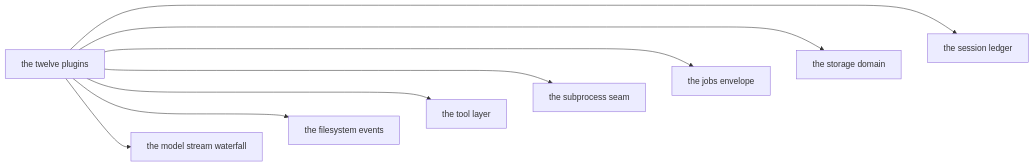
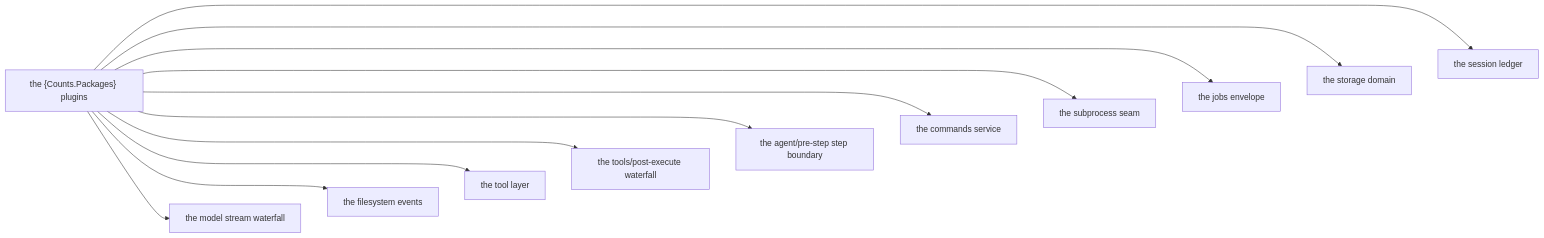
The diagram in Source/Content/Mermaid/plugins-seams.mmd (PlayForm/Site-DeepSeek), drawn with Mermaid before and after one commit. The commit also changed 360 other files, not shown here.

First line of the commit message:
chore(site): regenerate Mermaid suite for Mermaid 12 tspan classes

```diff
--- a/Source/Content/Mermaid/plugins-seams.mmd
+++ b/Source/Content/Mermaid/plugins-seams.mmd
@@ -1,23 +1,32 @@
 flowchart LR
-	PLUGINS["the twelve plugins"]
+	PLUGINS["the {Counts.Packages} plugins"]
 	SEAM1["the model stream waterfall"]
 	SEAM2["the filesystem events"]
 	SEAM3["the tool layer"]
-	SEAM4["the subprocess seam"]
-	SEAM5["the jobs envelope"]
-	SEAM6["the storage domain"]
-	SEAM7["the session ledger"]
+	SEAM4["the tools/post-execute waterfall"]
+	SEAM5["the agent/pre-step step boundary"]
+	SEAM6["the commands service"]
+	SEAM7["the subprocess seam"]
+	SEAM8["the jobs envelope"]
+	SEAM9["the storage domain"]
+	SEAM10["the session ledger"]
 	PLUGINS --> SEAM1
 	PLUGINS --> SEAM2
 	PLUGINS --> SEAM3
 	PLUGINS --> SEAM4
 	PLUGINS --> SEAM5
 	PLUGINS --> SEAM6
 	PLUGINS --> SEAM7
+	PLUGINS --> SEAM8
+	PLUGINS --> SEAM9
+	PLUGINS --> SEAM10
 	%% Invisible layout links only - no semantics.
 	SEAM1 ~~~ SEAM2
 	SEAM2 ~~~ SEAM3
 	SEAM3 ~~~ SEAM4
 	SEAM4 ~~~ SEAM5
 	SEAM5 ~~~ SEAM6
 	SEAM6 ~~~ SEAM7
+	SEAM7 ~~~ SEAM8
+	SEAM8 ~~~ SEAM9
+	SEAM9 ~~~ SEAM10
```
